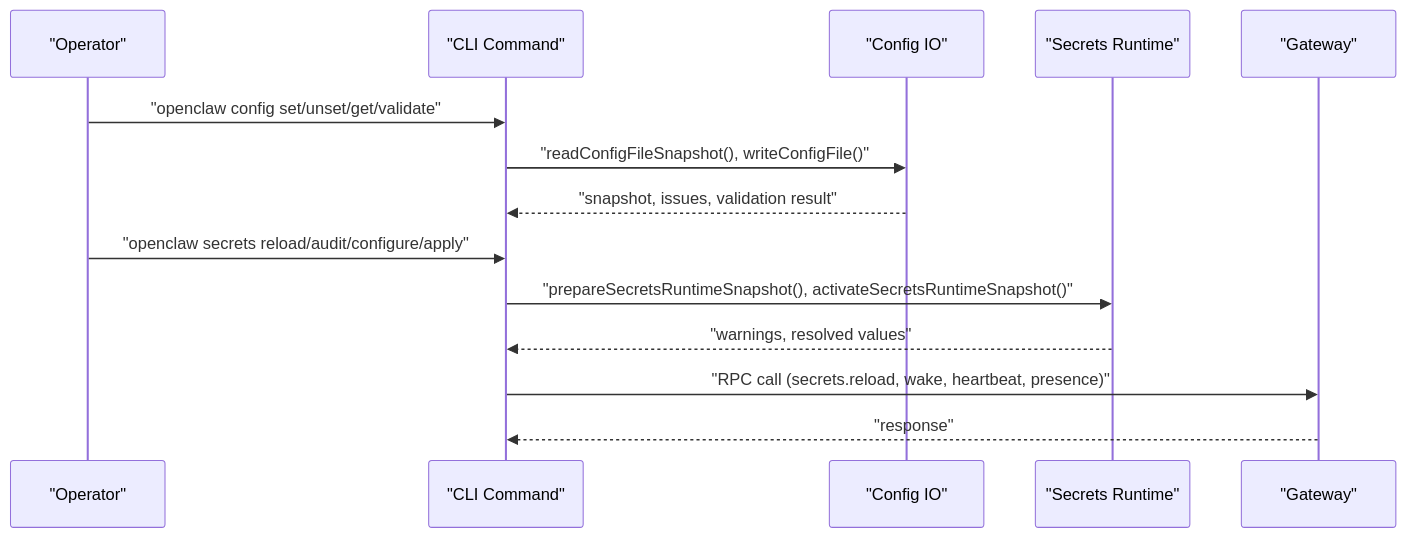
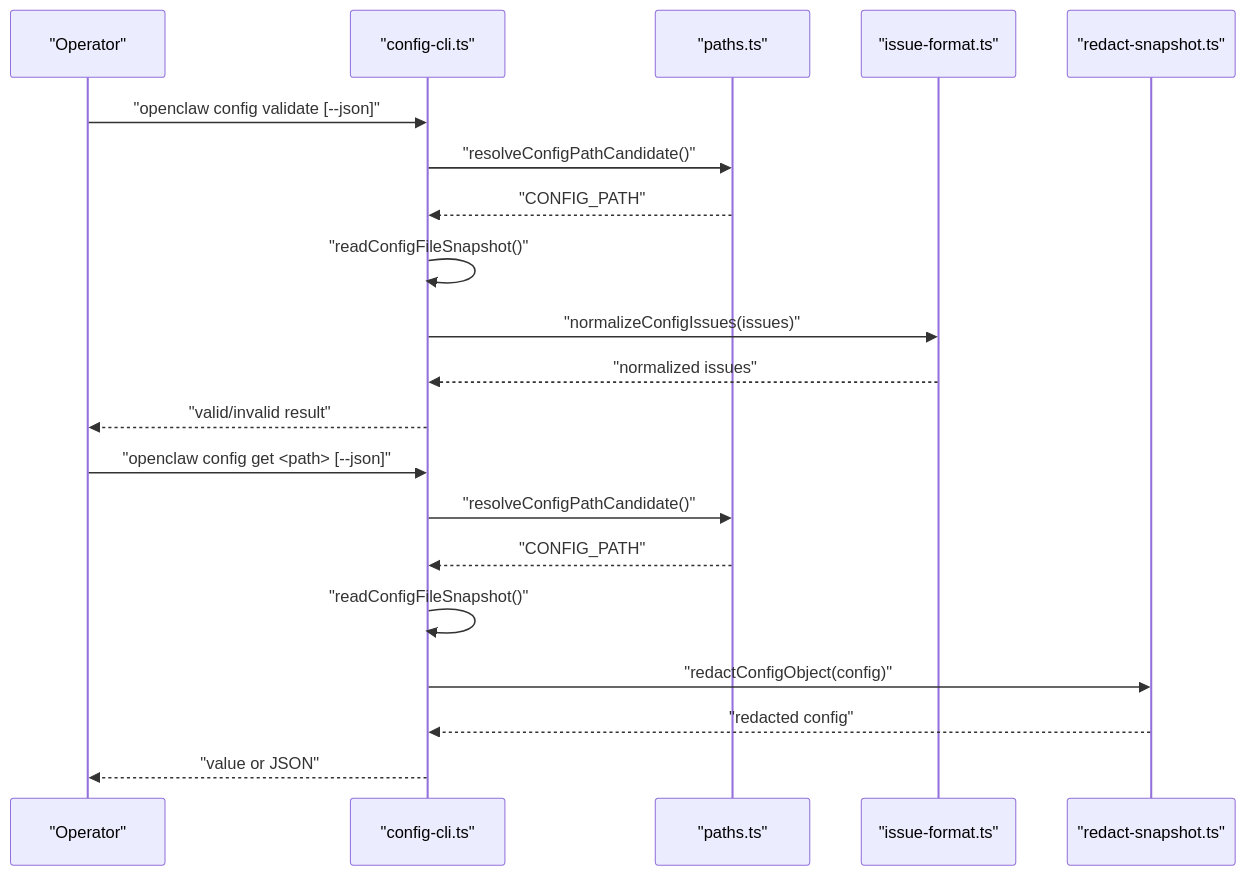
Before and after one commit to botx-work/OpenClaw-Internals: the second of 9 diagrams in repowiki/en/content/CLI Interface/Configuration Management.md, drawn with Mermaid. The commit also changed other lines of this file and 332 other files, not shown here.

````diff
--- a/repowiki/en/content/CLI Interface/Configuration Management.md
+++ b/repowiki/en/content/CLI Interface/Configuration Management.md
@@ -139,16 +102,22 @@
 ```mermaid
 sequenceDiagram
 participant User as "Operator"
-participant CLI as "CLI Command"
-participant CFG as "Config IO"
-participant SEC as "Secrets Runtime"
-participant GW as "Gateway"
-User->>CLI : "openclaw config set/unset/get/validate"
-CLI->>CFG : "readConfigFileSnapshot(), writeConfigFile()"
-CFG-->>CLI : "snapshot, issues, validation result"
-User->>CLI : "openclaw secrets reload/audit/configure/apply"
-CLI->>SEC : "prepareSecretsRuntimeSnapshot(), activateSecretsRuntimeSnapshot()"
-SEC-->>CLI : "warnings, resolved values"
-CLI->>GW : "RPC call (secrets.reload, wake, heartbeat, presence)"
-GW-->>CLI : "response"
+participant CLI as "config-cli.ts"
+participant Loader as "paths.ts"
+participant Validator as "issue-format.ts"
+participant Redactor as "redact-snapshot.ts"
+User->>CLI : "openclaw config validate [--json]"
+CLI->>Loader : "resolveConfigPathCandidate()"
+Loader-->>CLI : "CONFIG_PATH"
+CLI->>CLI : "readConfigFileSnapshot()"
+CLI->>Validator : "normalizeConfigIssues(issues)"
+Validator-->>CLI : "normalized issues"
+CLI-->>User : "valid/invalid result"
+User->>CLI : "openclaw config get <path> [--json]"
+CLI->>Loader : "resolveConfigPathCandidate()"
+Loader-->>CLI : "CONFIG_PATH"
+CLI->>CLI : "readConfigFileSnapshot()"
+CLI->>Redactor : "redactConfigObject(config)"
+Redactor-->>CLI : "redacted config"
+CLI-->>User : "value or JSON"
 ```
````
